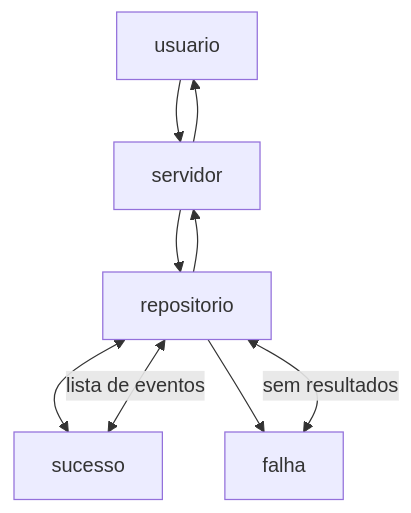
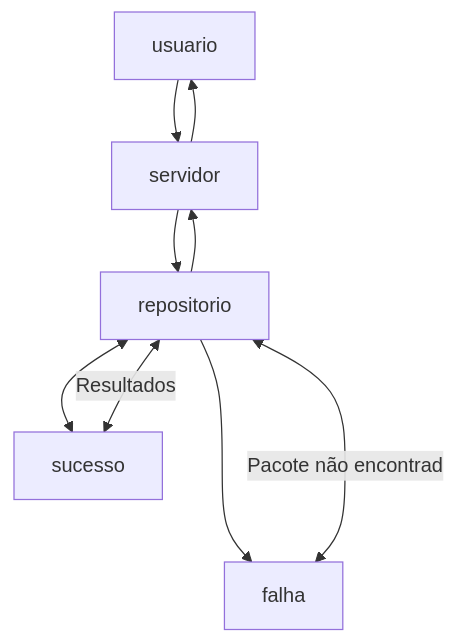
Before and after one commit to gabrielfariasnunes/jadlog-api: the diagram in README.md, drawn with Mermaid.

Commit message:
modified:   README.md

````diff
--- a/README.md
+++ b/README.md
@@ -84,11 +84,11 @@
 ```mermaid
 graph TD;
 usuario-->servidor
 servidor-->usuario
 servidor-->repositorio
 repositorio-->servidor
 repositorio<-->sucesso
 repositorio-->falha
-repositorio<--lista de eventos-->sucesso
-repositorio<--sem resultados-->falha
+repositorio<--Resultados-->sucesso
+repositorio<--Pacote não encontrado-->falha
 ```
````
